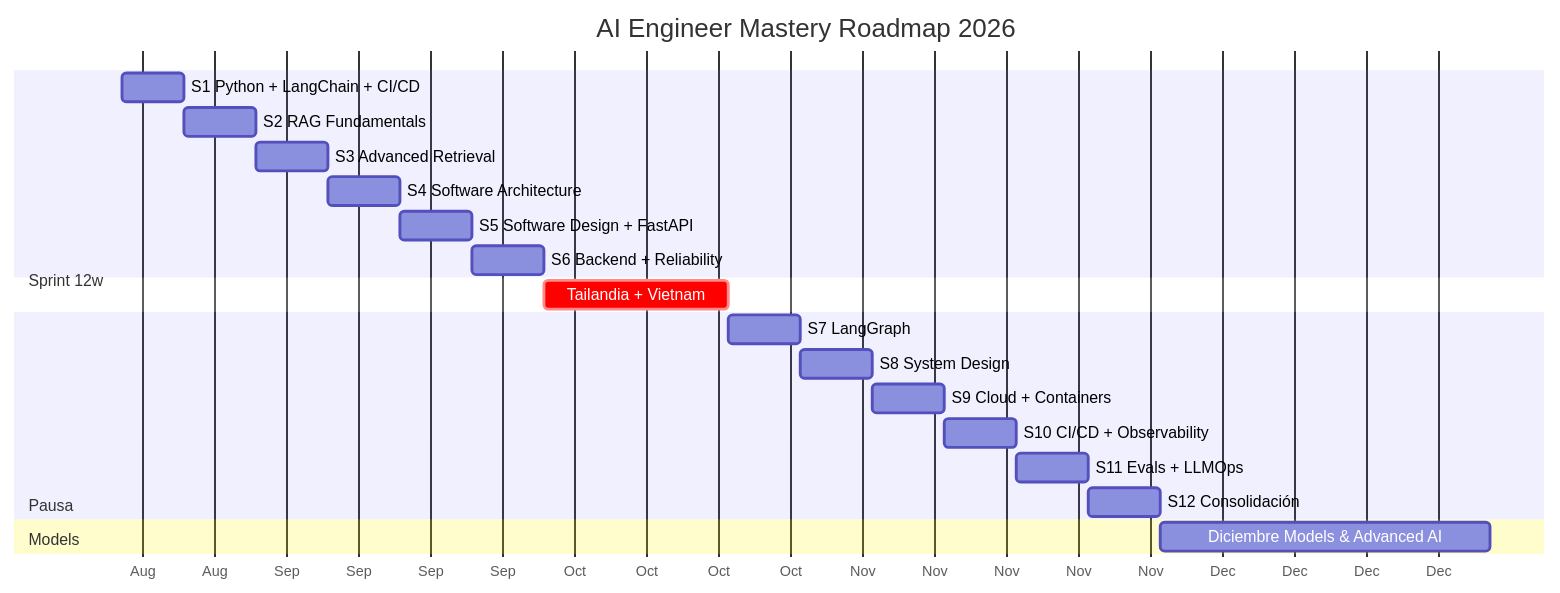
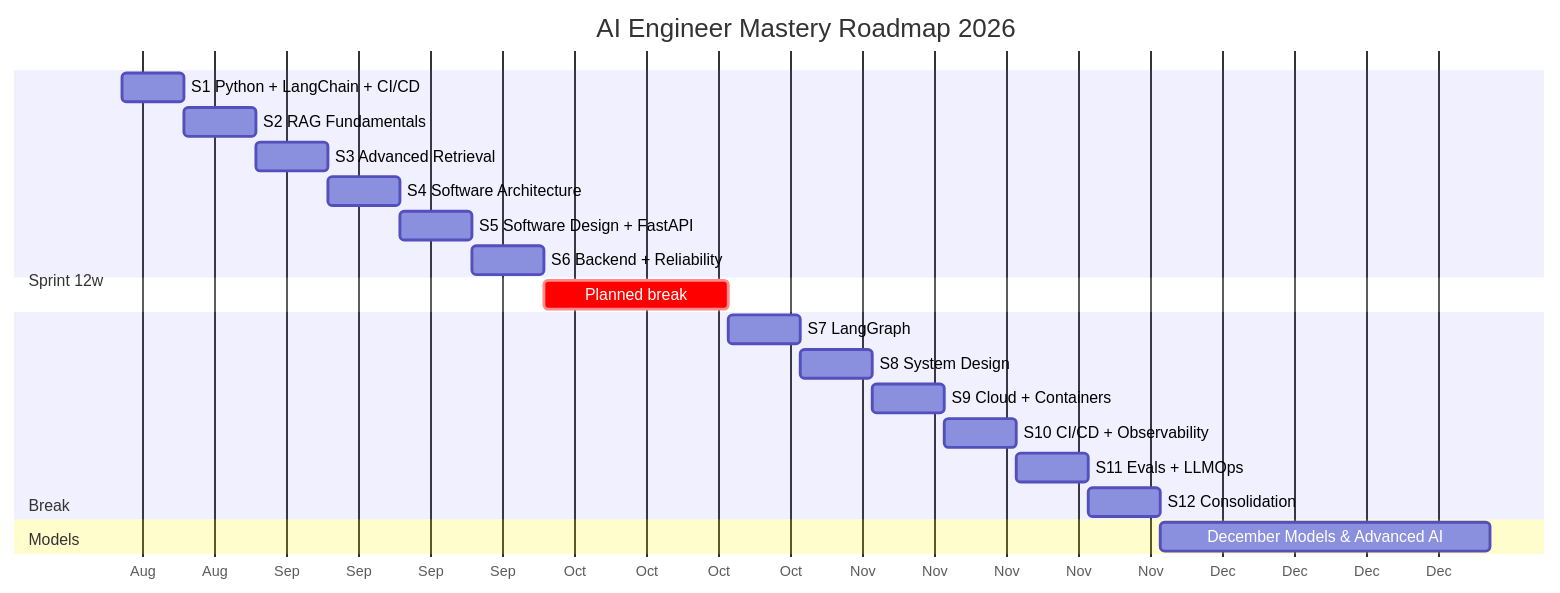
The third of 5 diagrams in README.md (diegoperezg7/ai-learn), drawn with Mermaid before and after one commit. The commit also changed other lines of this file and 1 other file, not shown here.

````diff
--- a/README.md
+++ b/README.md
@@ -175,28 +191,28 @@
 ```mermaid
 gantt
     title AI Engineer Mastery Roadmap 2026
     dateFormat YYYY-MM-DD
     axisFormat %b
 
     section Sprint 12w
     S1  Python + LangChain + CI/CD   :2026-08-21, 6d
     S2  RAG Fundamentals             :2026-08-27, 7d
     S3  Advanced Retrieval           :2026-09-03, 7d
     S4  Software Architecture        :2026-09-10, 7d
     S5  Software Design + FastAPI    :2026-09-17, 7d
     S6  Backend + Reliability        :2026-09-24, 7d
 
-    section Pausa
-    Tailandia + Vietnam              :crit, 2026-10-01, 18d
+    section Break
+    Planned break                    :crit, 2026-10-01, 18d
 
     section Sprint 12w
     S7  LangGraph                    :2026-10-19, 7d
     S8  System Design                :2026-10-26, 7d
     S9  Cloud + Containers           :2026-11-02, 7d
     S10 CI/CD + Observability        :2026-11-09, 7d
     S11 Evals + LLMOps               :2026-11-16, 7d
-    S12 Consolidación                :2026-11-23, 7d
+    S12 Consolidation                :2026-11-23, 7d
 
     section Models
-    Diciembre  Models & Advanced AI  :2026-11-30, 32d
+    December  Models & Advanced AI   :2026-11-30, 32d
 ```
````
